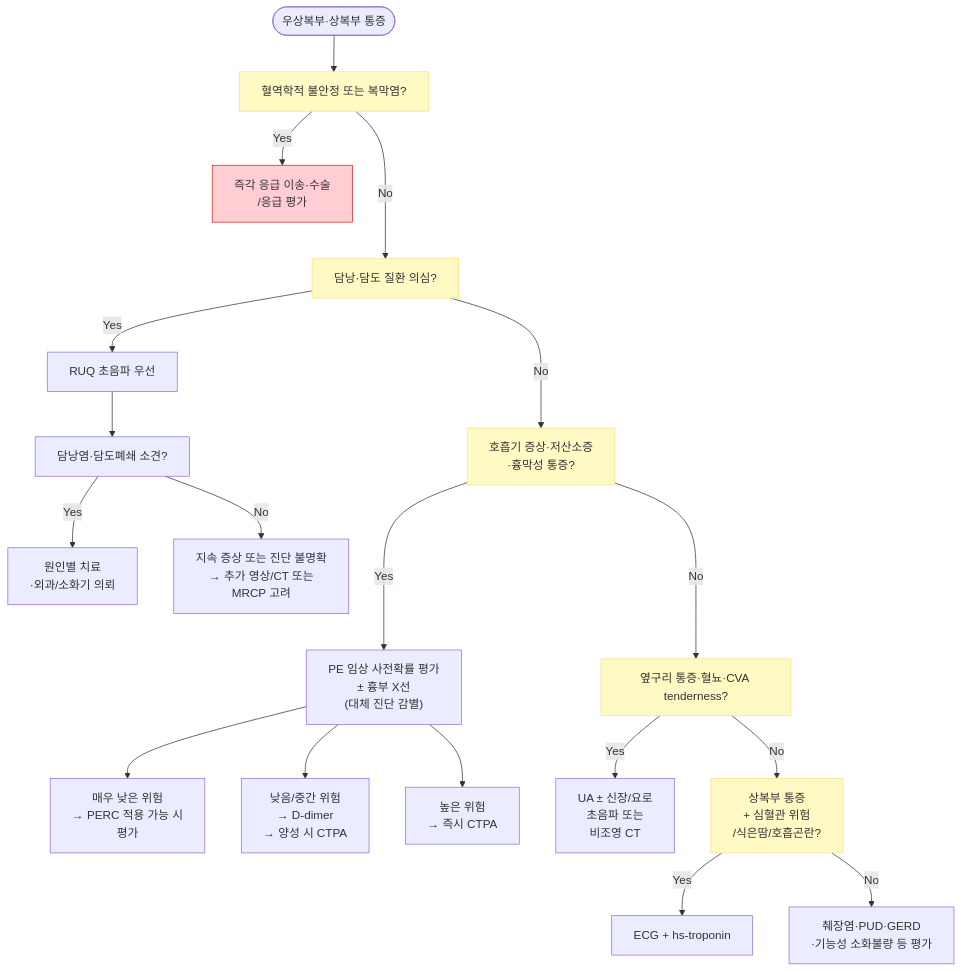
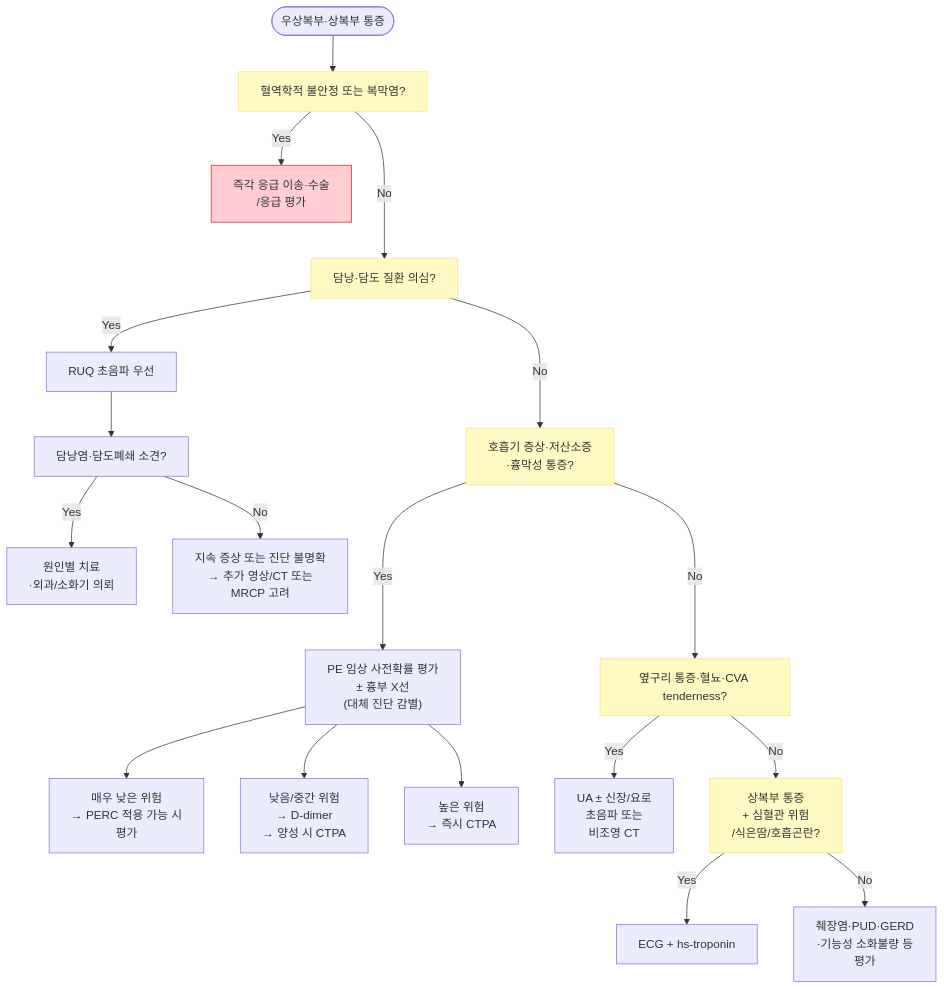
One commit to familyoh77/familyoh77 changed the first of 3 diagrams in 220_/003_-abdominal-pain.md. Above: the diagram before and after it, drawn with Mermaid. The commit also changed other lines of this file, not shown here.

````diff
--- a/220_/003_-abdominal-pain.md
+++ b/220_/003_-abdominal-pain.md
@@ -169,24 +183,24 @@
 ```mermaid
 flowchart TD
     A([우상복부·상복부 통증]) --> B["혈역학적 불안정 또는 복막염?"]
     B -- Yes --> C["즉각 응급 이송·수술<br>/응급 평가"]
     B -- No ---> D["담낭·담도 질환 의심?"]
     D -- Yes --> E["RUQ 초음파 우선"]
     E --> F["담낭염·담도폐쇄 소견?"]
     F -- Yes --> G["원인별 치료<br>·외과/소화기 의뢰"]
     F -- No --> H["지속 증상 또는 진단 불명확<br>→ 추가 영상/CT 또는 <br>MRCP 고려"]
     D -- No ---> I["호흡기 증상·저산소증<br>·흉막성 통증?"]
     I -- Yes ---> J["PE 임상 사전확률 평가 <br>± 흉부 X선<br>(대체 진단 감별)"]
     J --> K["매우 낮은 위험<br>→ PERC 적용 가능 시 <br>평가"]
     J --> L["낮음/중간 위험<br>→ D-dimer <br>→ 양성 시 CTPA"]
     J --> R["높은 위험<br>→ 즉시 CTPA"]
     I -- No ---> M["옆구리 통증·혈뇨·CVA tenderness?"]
     M -- Yes --> N["UA ± 신장/요로 <br>초음파 또는 <br>비조영 CT"]
     M -- No --> O["상복부 통증<br> + 심혈관 위험<br>/식은땀/호흡곤란?"]
     O -- Yes --> P["ECG + hs-troponin"]
-    O -- No --> Q["췌장염·PUD·GERD<br>·기능성 소화불량 등 평가"]
+    O -- No --> Q["췌장염·PUD·GERD<br>·기능성 소화불량 등<br> 평가"]
     classDef red fill:#ffcdd2,stroke:#c62828
     class C red
     classDef yellow fill:#fff9c4,stroke:#ffe082
     class B,D,I,M,O yellow
 ```
````
